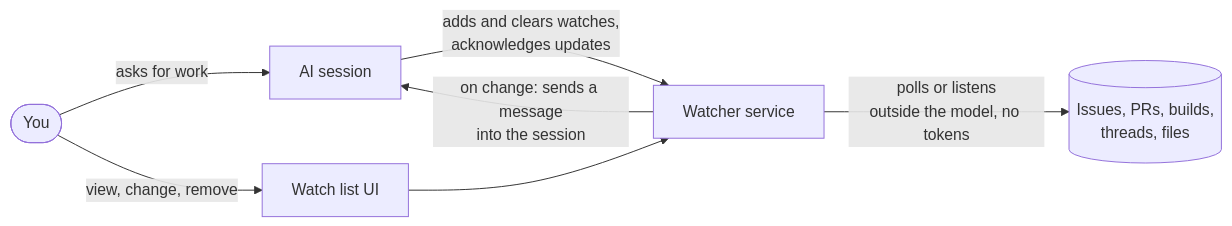
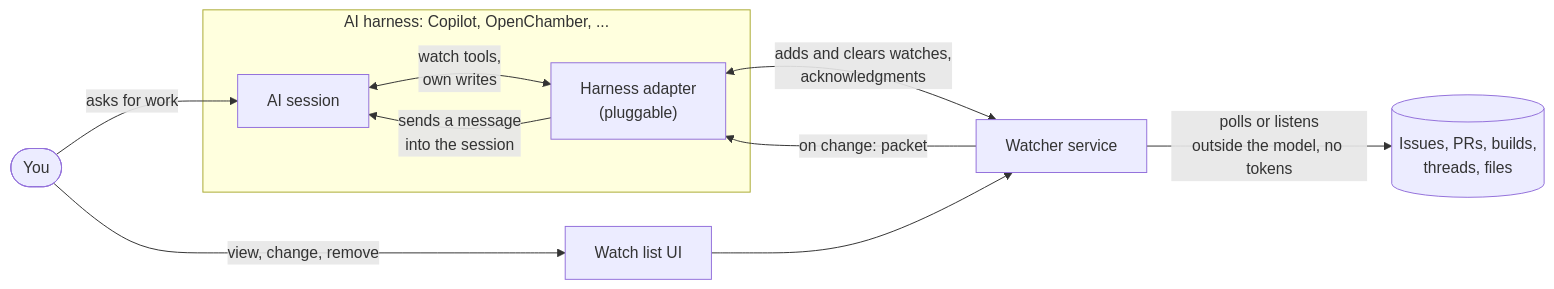
The diagram in README.md (cschneider/session-source-watcher), drawn with Mermaid before and after one commit. The commit also changed other lines of this file, not shown here.

Commit message:
docs: show the harness adapter in the README overview diagram

````diff
--- a/README.md
+++ b/README.md
@@ -95,9 +95,20 @@
 ```mermaid
 flowchart LR
-    U([You]) -->|asks for work| S[AI session]
-    U -->|view, change, remove| UI[Watch list UI]
-    S -->|adds and clears watches,<br/>acknowledges updates| W[Watcher service]
+    U([You])
+    subgraph H["AI harness: Copilot, OpenChamber, ..."]
+        S[AI session]
+        A["Harness adapter<br/>(pluggable)"]
+        S <-->|"watch tools,<br/>own writes"| A
+    end
+    UI[Watch list UI]
+    W[Watcher service]
+    R[(Issues, PRs, builds,<br/>threads, files)]
+
+    U -->|asks for work| S
+    U -->|view, change, remove| UI
+    A <-->|"adds and clears watches,<br/>acknowledgments"| W
     UI --> W
-    W -->|"polls or listens<br/>outside the model, no tokens"| R[(Issues, PRs, builds,<br/>threads, files)]
-    W -->|"on change: sends a message<br/>into the session"| S
+    W -->|"polls or listens<br/>outside the model, no tokens"| R
+    W -->|"on change: packet"| A
+    A -->|"sends a message<br/>into the session"| S
 ```
````
